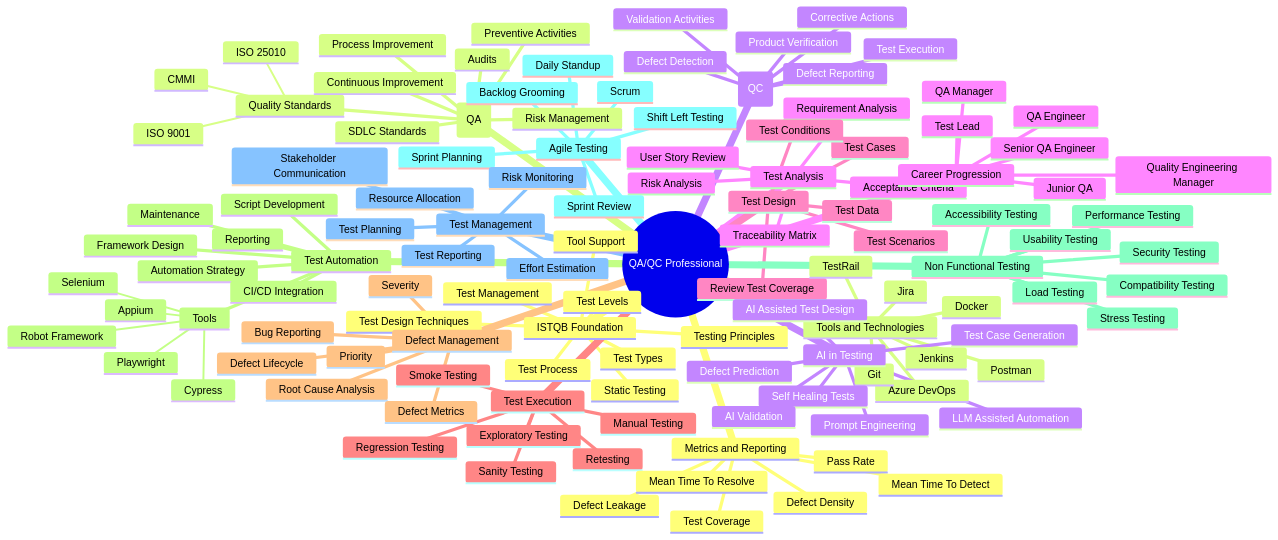
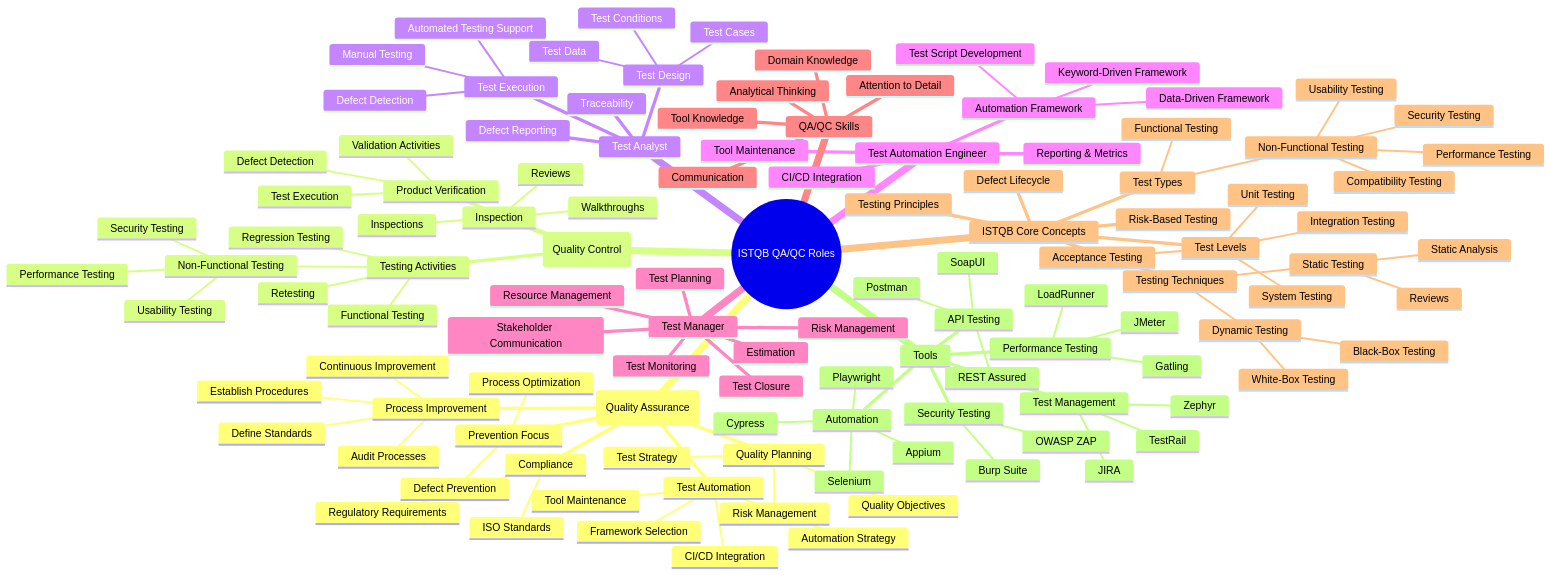
The diagram in QA_QC_Mindmap.md (hbnnnnnnn/CSC15003-HW01-SoftwareTesting), drawn with Mermaid before and after one commit. The commit also changed other lines of this file, not shown here.

````diff
--- a/QA_QC_Mindmap.md
+++ b/QA_QC_Mindmap.md
@@ -3,138 +2,127 @@
 ```mermaid
 mindmap
-  root((QA/QC Professional))
+  root((ISTQB QA/QC Roles))
 
-    ISTQB Foundation
+    QA (Quality Assurance)
+      Process Improvement
+        Define Standards
+        Establish Procedures
+        Audit Processes
+        Continuous Improvement
+      Quality Planning
+        Test Strategy
+        Quality Objectives
+        Risk Management
+      Prevention Focus
+        Defect Prevention
+        Process Optimization
+      Compliance
+        ISO Standards
+        Regulatory Requirements
+      Test Automation
+        Automation Strategy
+        Framework Selection
+        CI/CD Integration
+        Tool Maintenance
+
+    QC (Quality Control)
+      Product Verification
+        Test Execution
+        Defect Detection
+        Validation Activities
+      Inspection
+        Reviews
+        Walkthroughs
+        Inspections
+      Testing Activities
+        Functional Testing
+        Non-Functional Testing
+          Performance Testing
+          Security Testing
+          Usability Testing
+        Regression Testing
+        Retesting
+
+    Test Analyst
+      Test Design
+        Test Cases
+        Test Data
+        Test Conditions
+      Test Execution
+        Manual Testing
+        Automated Testing Support
+        Defect Detection
+      Defect Reporting
+      Traceability
+
+    Test Automation Engineer
+      Automation Framework
+        Test Script Development
+        Keyword-Driven Framework
+        Data-Driven Framework
+      CI/CD Integration
+      Tool Maintenance
+      Reporting & Metrics
+
+    Test Manager
+      Test Planning
+      Resource Management
+      Estimation
+      Risk Management
+      Stakeholder Communication
+      Test Monitoring
+      Test Closure
+
+    QA/QC Skills
+      Analytical Thinking
+      Communication
+      Attention to Detail
+      Domain Knowledge
+      Tool Knowledge
+
+    ISTQB Core Concepts
       Testing Principles
-      Test Process
       Test Levels
+        Unit Testing
+        Integration Testing
+        System Testing
+        Acceptance Testing
       Test Types
-      Static Testing
-      Test Design Techniques
+        Functional Testing
+        Non-Functional Testing
+          Performance Testing
+          Security Testing
+          Usability Testing
+          Compatibility Testing
+      Testing Techniques
+        Static Testing
+          Reviews
+          Static Analysis
+        Dynamic Testing
+          Black-Box Testing
+          White-Box Testing
+      Defect Lifecycle
+      Risk-Based Testing
+
+    Tools
       Test Management
-      Tool Support
-
-    Quality Assurance (QA)
-      Process Improvement
-      SDLC Standards
-      Quality Standards
-        ISO 9001
-        ISO 25010
-        CMMI
-      Audits
-      Risk Management
-      Continuous Improvement
-      Preventive Activities
-
-    Quality Control (QC)
-      Product Verification
-      Defect Detection
-      Test Execution
-      Defect Reporting
-      Validation Activities
-      Corrective Actions
-
-    Test Analysis
-      Requirement Analysis
-      User Story Review
-      Acceptance Criteria
-      Risk Analysis
-      Traceability Matrix
-
-    Test Design
-      Test Scenarios
-      Test Cases
-      Test Data
-      Test Conditions
-      Review Test Coverage
-
-    Test Execution
-      Manual Testing
-      Exploratory Testing
-      Smoke Testing
-      Sanity Testing
-      Regression Testing
-      Retesting
-
-    Defect Management
-      Defect Lifecycle
-      Bug Reporting
-      Severity
-      Priority
-      Root Cause Analysis
-      Defect Metrics
-
-    Test Automation
-      Automation Strategy
-      Framework Design
-      Script Development
-      Maintenance
-      CI/CD Integration
-      Reporting
-
-      Tools
+        JIRA
+        TestRail
+        Zephyr
+      Automation
         Selenium
+        Cypress
         Playwright
-        Cypress
         Appium
-        Robot Framework
-
-    Non Functional Testing
+      API Testing
+        Postman
+        REST Assured
+        SoapUI
       Performance Testing
-      Load Testing
-      Stress Testing
+        JMeter
+        LoadRunner
+        Gatling
       Security Testing
-      Usability Testing
-      Accessibility Testing
-      Compatibility Testing
-
-    Agile Testing
-      Scrum
-      Sprint Planning
-      Daily Standup
-      Backlog Grooming
-      Sprint Review
-      Shift Left Testing
-
-    Test Management
-      Test Planning
-      Resource Allocation
-      Effort Estimation
-      Risk Monitoring
-      Test Reporting
-      Stakeholder Communication
-
-    Metrics and Reporting
-      Test Coverage
-      Pass Rate
-      Defect Density
-      Defect Leakage
-      Mean Time To Detect
-      Mean Time To Resolve
-
-    Tools and Technologies
-      Jira
-      Azure DevOps
-      TestRail
-      Postman
-      Git
-      Jenkins
-      Docker
-
-    AI in Testing
-      AI Assisted Test Design
-      Test Case Generation
-      Defect Prediction
-      Self Healing Tests
-      LLM Assisted Automation
-      Prompt Engineering
-      AI Validation
-
-    Career Progression
-      Junior QA
-      QA Engineer
-      Senior QA Engineer
-      Test Lead
-      QA Manager
-      Quality Engineering Manager
+        Burp Suite
+        OWASP ZAP
 ```
````
